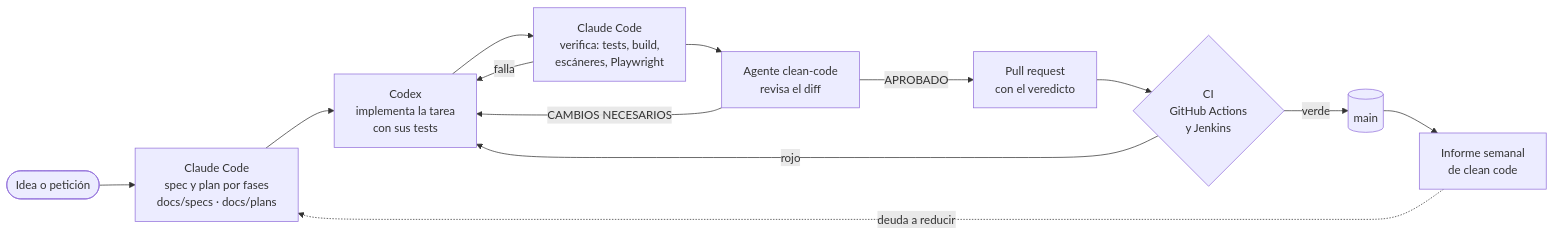
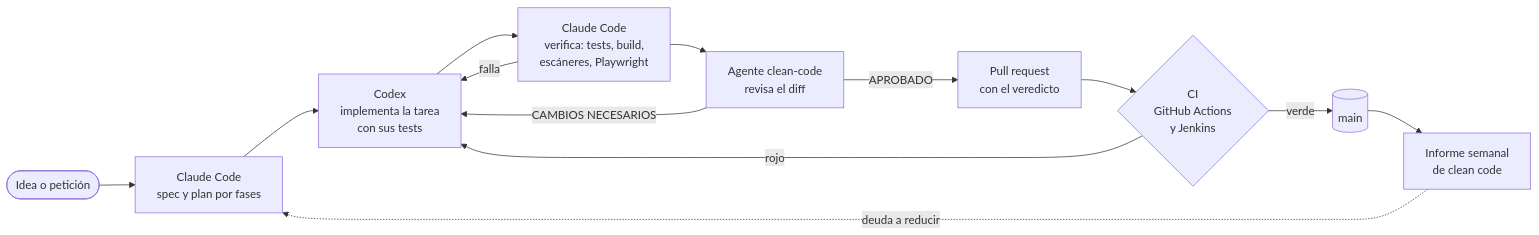
One commit to pedroleni/onlydevcoding-estudio-web changed the second of 5 diagrams in README.md. Above: the diagram before and after it, drawn with Mermaid. The commit also changed other lines of this file, not shown here.

Commit message:
docs: README fiel a cada repo (specs y planes, Proxy, ruta de publicación)

````diff
--- a/README.md
+++ b/README.md
@@ -57,15 +60,15 @@
 ```mermaid
 flowchart LR
-    idea([Idea o petición]) --> plan["Claude Code<br/>spec y plan por fases<br/>docs/specs · docs/plans"]
+    idea([Idea o petición]) --> plan["Claude Code<br/>spec y plan por fases"]
     plan --> impl["Codex<br/>implementa la tarea<br/>con sus tests"]
     impl --> verif["Claude Code<br/>verifica: tests, build,<br/>escáneres, Playwright"]
     verif -- falla --> impl
     verif --> cc["Agente clean-code<br/>revisa el diff"]
     cc -- CAMBIOS NECESARIOS --> impl
     cc -- APROBADO --> pr["Pull request<br/>con el veredicto"]
     pr --> ci{"CI<br/>GitHub Actions<br/>y Jenkins"}
     ci -- rojo --> impl
     ci -- verde --> main[(main)]
     main --> semanal["Informe semanal<br/>de clean code"]
     semanal -. deuda a reducir .-> plan
 ```
````
